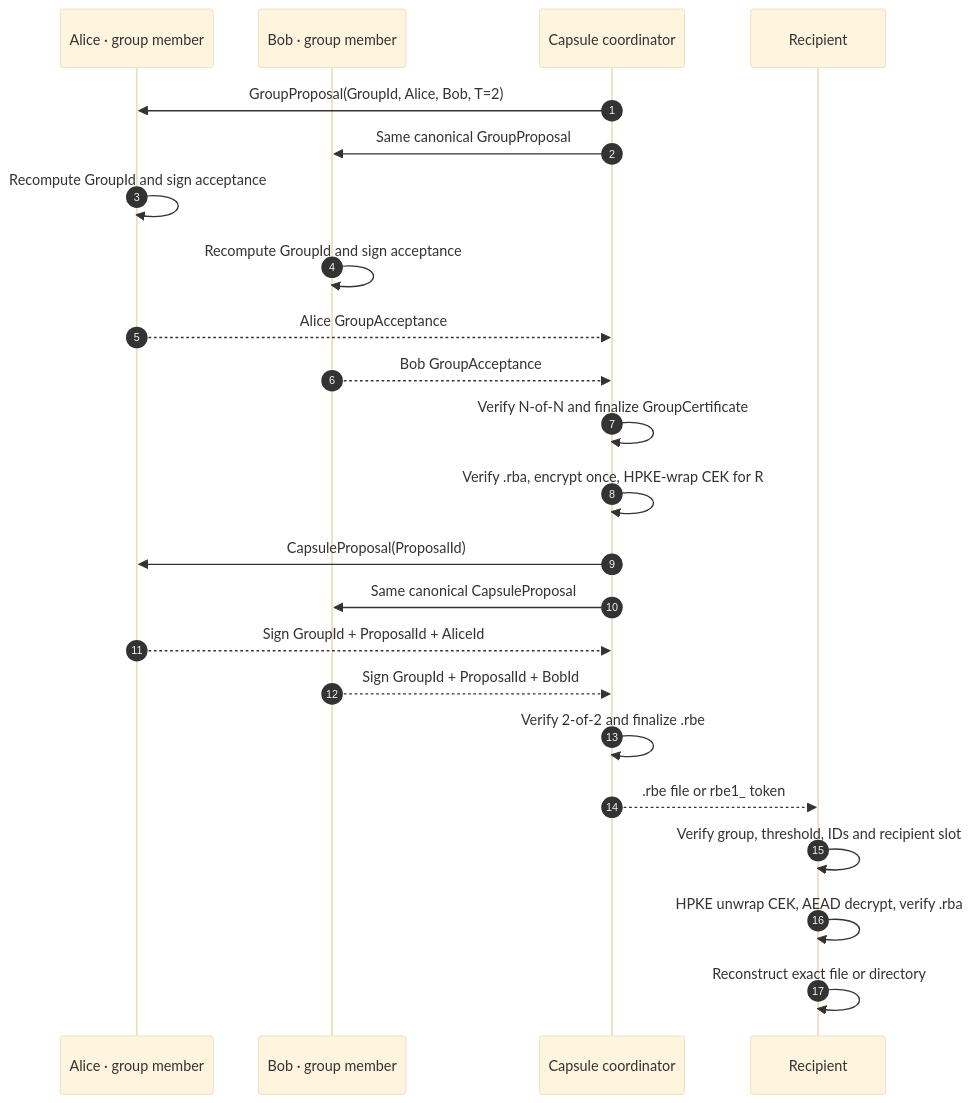
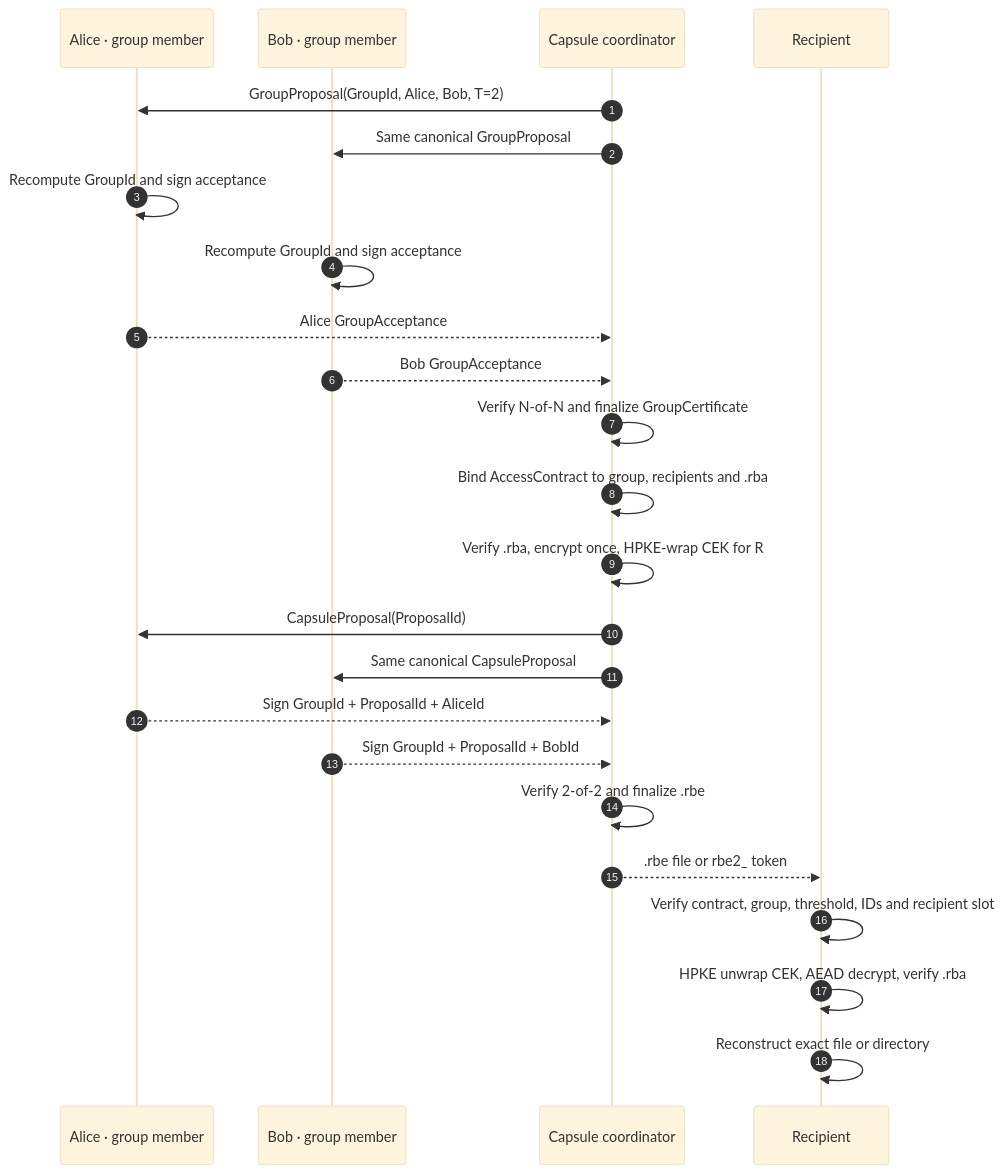
The third of 4 diagrams in docs/chain-architecture.md (pedro5g/Rebyte), drawn with Mermaid (base theme) before and after one commit. The commit also changed other lines of this file and 17 other files, not shown here.

Commit message:
feat(chain): bind canonical access contracts

````diff
--- a/docs/chain-architecture.md
+++ b/docs/chain-architecture.md
@@ -167,26 +238,27 @@
 ```mermaid
 sequenceDiagram
     autonumber
     participant A as Alice · group member
     participant B as Bob · group member
     participant C as Capsule coordinator
     participant R as Recipient
 
     C->>A: GroupProposal(GroupId, Alice, Bob, T=2)
     C->>B: Same canonical GroupProposal
     A->>A: Recompute GroupId and sign acceptance
     B->>B: Recompute GroupId and sign acceptance
     A-->>C: Alice GroupAcceptance
     B-->>C: Bob GroupAcceptance
     C->>C: Verify N-of-N and finalize GroupCertificate
+    C->>C: Bind AccessContract to group, recipients and .rba
     C->>C: Verify .rba, encrypt once, HPKE-wrap CEK for R
     C->>A: CapsuleProposal(ProposalId)
     C->>B: Same canonical CapsuleProposal
     A-->>C: Sign GroupId + ProposalId + AliceId
     B-->>C: Sign GroupId + ProposalId + BobId
     C->>C: Verify 2-of-2 and finalize .rbe
-    C-->>R: .rbe file or rbe1_ token
-    R->>R: Verify group, threshold, IDs and recipient slot
+    C-->>R: .rbe file or rbe2_ token
+    R->>R: Verify contract, group, threshold, IDs and recipient slot
     R->>R: HPKE unwrap CEK, AEAD decrypt, verify .rba
     R->>R: Reconstruct exact file or directory
 ```
````
